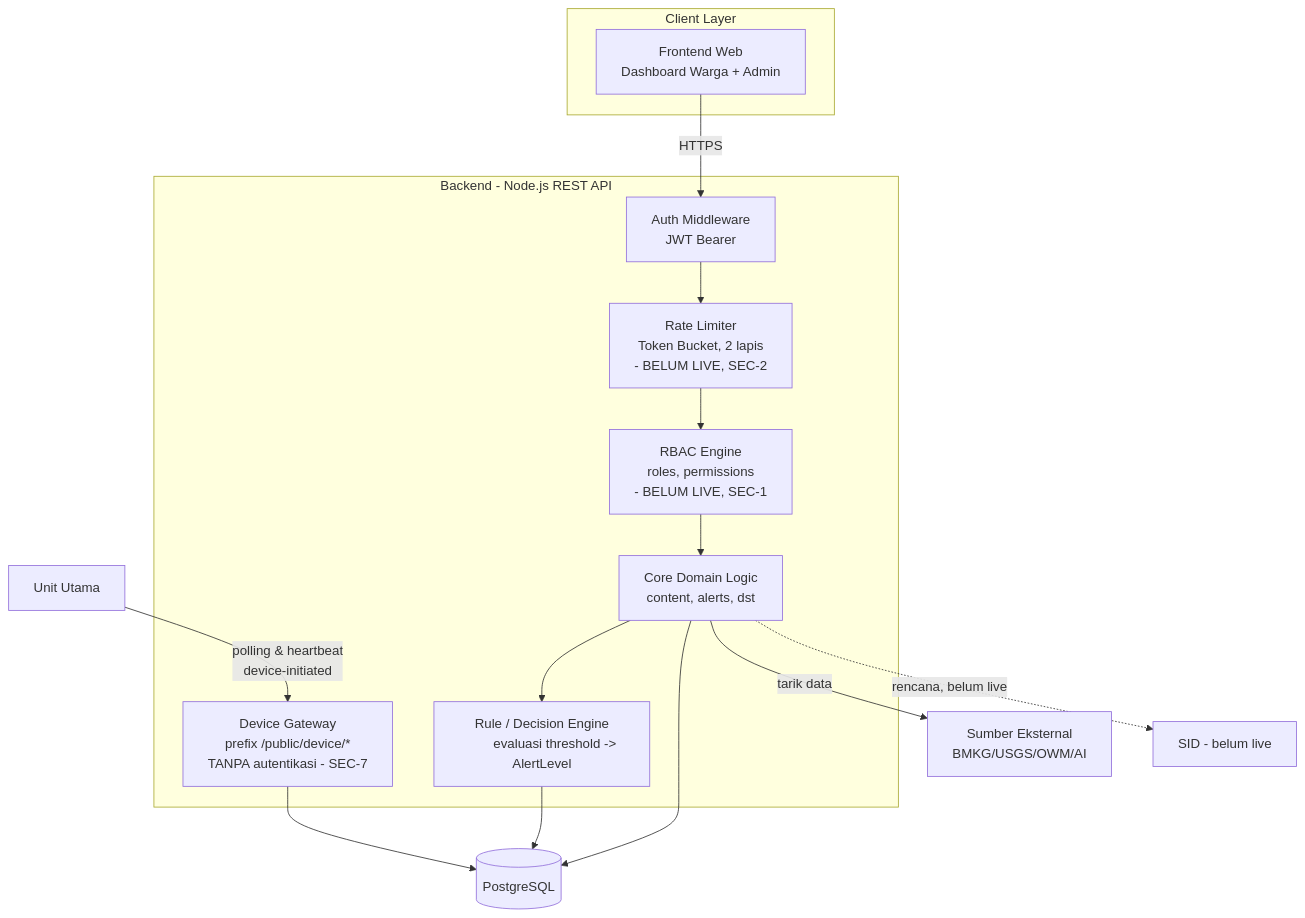
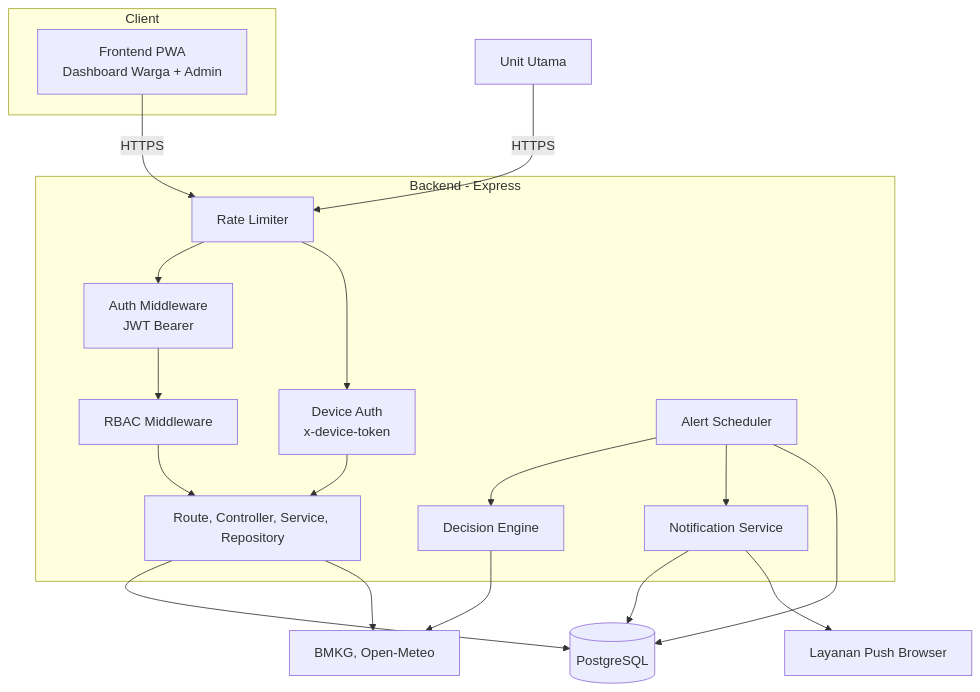
One commit to Vextronode/sigap_app changed the diagram in docs/architecture/02_building_block_view.md. Above: the diagram before and after it, drawn with Mermaid. The commit also changed other lines of this file and 97 other files, not shown here.

````diff
--- a/docs/architecture/02_building_block_view.md
+++ b/docs/architecture/02_building_block_view.md
@@ -7,44 +5,38 @@
 ```mermaid
 flowchart TB
-    subgraph Client[Client Layer]
-        WebFE[Frontend Web
+    subgraph Client[Client]
+        WebFE[Frontend PWA
         Dashboard Warga + Admin]
     end
 
-    subgraph Backend[Backend - Node.js REST API]
-        AuthMW[Auth Middleware
+    subgraph Backend[Backend - Express]
+        RateLimit[Rate Limiter]
+        Auth[Auth Middleware
         JWT Bearer]
-        RateLimitMW[Rate Limiter
-        Token Bucket, 2 lapis
-        - BELUM LIVE, SEC-2]
-        RBAC[RBAC Engine
-        roles, permissions
-        - BELUM LIVE, SEC-1]
-        RuleEngine[Rule / Decision Engine
-        evaluasi threshold -> AlertLevel]
-        DeviceGW[Device Gateway
-        prefix /public/device/*
-        TANPA autentikasi - SEC-7]
-        CoreAPI[Core Domain Logic
-        content, alerts, dst]
+        RBAC[RBAC Middleware]
+        DeviceAuth[Device Auth
+        x-device-token]
+        Core[Route, Controller, Service, Repository]
+        Scheduler[Alert Scheduler]
+        Engine[Decision Engine]
+        Notif[Notification Service]
     end
 
     DB[(PostgreSQL)]
     UnitUtama[Unit Utama]
-    Ext[Sumber Eksternal
-    BMKG/USGS/OWM/AI]
-    SIDExt[SID - belum live]
+    Ext[BMKG, Open-Meteo]
+    Push[Layanan Push Browser]
 
-    WebFE -->|HTTPS| AuthMW
-    AuthMW --> RateLimitMW
-    RateLimitMW --> RBAC
-    RBAC --> CoreAPI
-    CoreAPI --> DB
-    CoreAPI --> RuleEngine
-    RuleEngine --> DB
-    UnitUtama -->|polling & heartbeat
-    device-initiated| DeviceGW
-    DeviceGW --> DB
-    CoreAPI -->|tarik data| Ext
-    CoreAPI -.rencana, belum live.-> SIDExt
+    WebFE -->|HTTPS| RateLimit
+    UnitUtama -->|HTTPS| RateLimit
+    RateLimit --> Auth --> RBAC --> Core
+    RateLimit --> DeviceAuth --> Core
+    Core --> DB
+    Core --> Ext
+    Scheduler --> Engine
+    Scheduler --> Notif
+    Engine --> Ext
+    Scheduler --> DB
+    Notif --> DB
+    Notif --> Push
 ```
````
